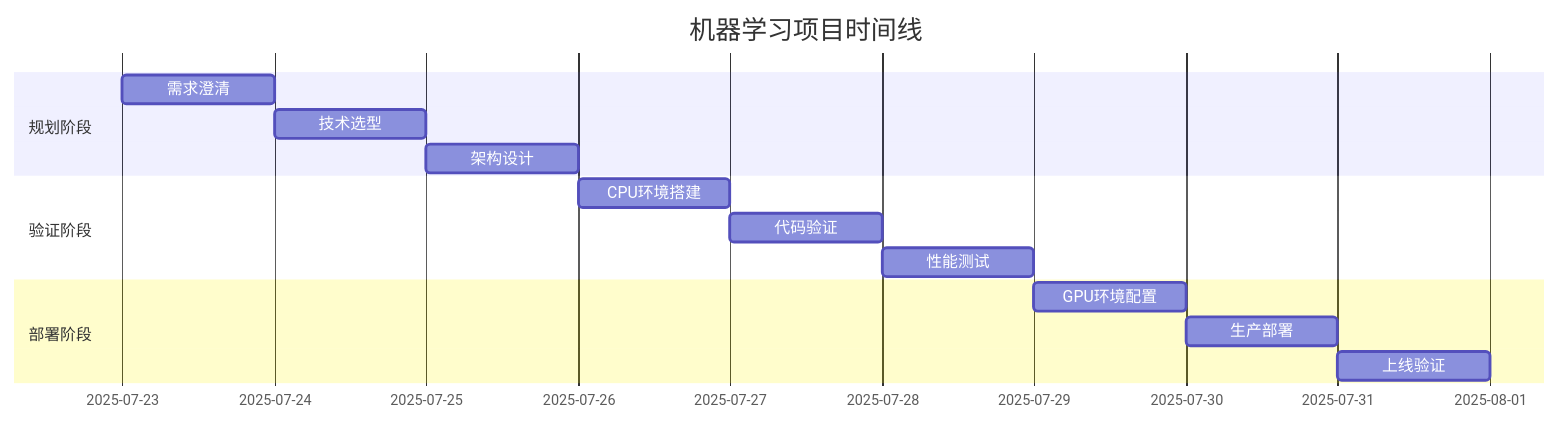
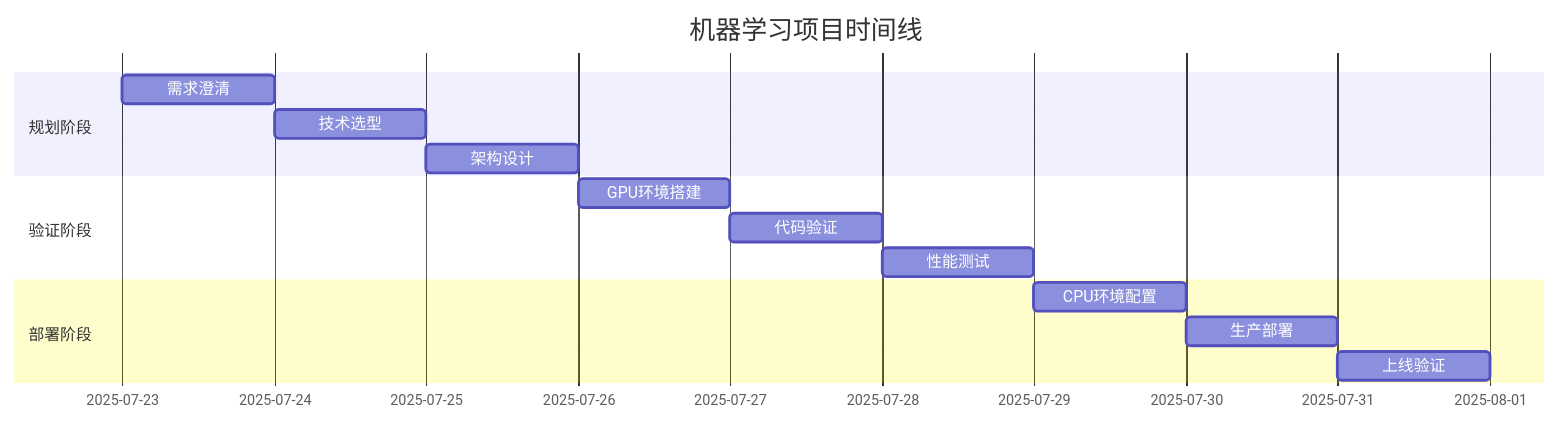
Before and after one commit to ouyangshixiong/context-engineering-zh: the sixth of 6 diagrams in CREATE.md, drawn with Mermaid. The commit also changed other lines of this file and 10 other files, not shown here.

````diff
--- a/CREATE.md
+++ b/CREATE.md
@@ -319,19 +319,19 @@
 ```mermaid
 gantt
     title 机器学习项目时间线
     dateFormat  YYYY-MM-DD
     section 规划阶段
     需求澄清           :a1, 2025-07-23, 1d
     技术选型           :a2, after a1, 1d
     架构设计           :a3, after a2, 1d
     
     section 验证阶段
-    CPU环境搭建        :b1, after a3, 1d
+    GPU环境搭建        :b1, after a3, 1d
     代码验证           :b2, after b1, 1d
     性能测试           :b3, after b2, 1d
     
     section 部署阶段
-    GPU环境配置        :c1, after b3, 1d
+    CPU环境配置        :c1, after b3, 1d
     生产部署           :c2, after c1, 1d
     上线验证           :c3, after c2, 1d
 ```
````
